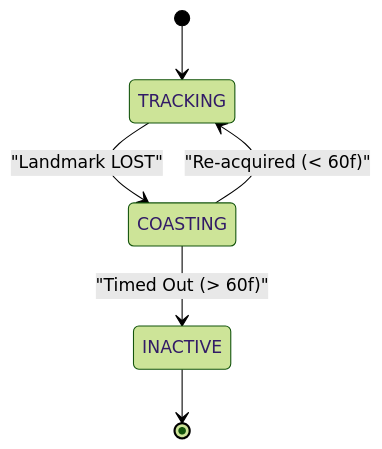
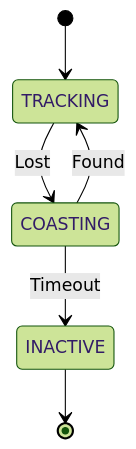
Before and after one commit to TTaoGaming/hfo-gen-88-chromebook-v1: the third of 4 diagrams in hfo_hot_obsidian/bronze/2_areas/mission_thread_omega/omega_workspace_v34_analysis.md, drawn with Mermaid (forest theme). The commit also changed other lines of this file, not shown here.

Commit message:
docs(omega): fix unclosed mermaid blocks and simplify syntax

````diff
--- a/hfo_hot_obsidian/bronze/2_areas/mission_thread_omega/omega_workspace_v34_analysis.md
+++ b/hfo_hot_obsidian/bronze/2_areas/mission_thread_omega/omega_workspace_v34_analysis.md
@@ -80,8 +54,8 @@
 ```mermaid
 stateDiagram-v2
     [*] --> TRACKING
-    TRACKING --> COASTING: "Landmark LOST"
-    COASTING --> TRACKING: "Re-acquired (< 60f)"
-    COASTING --> INACTIVE: "Timed Out (> 60f)"
+    TRACKING --> COASTING : Lost
+    COASTING --> TRACKING : Found
+    COASTING --> INACTIVE : Timeout
     INACTIVE --> [*]
 ```
````
